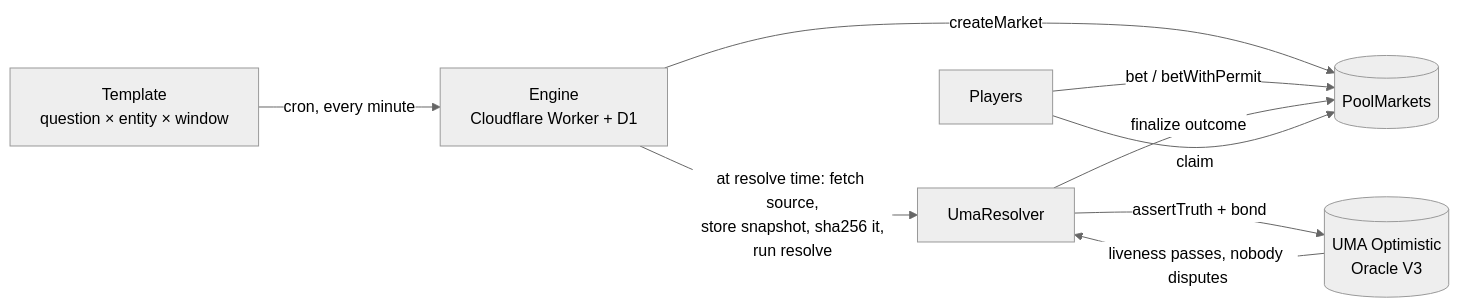
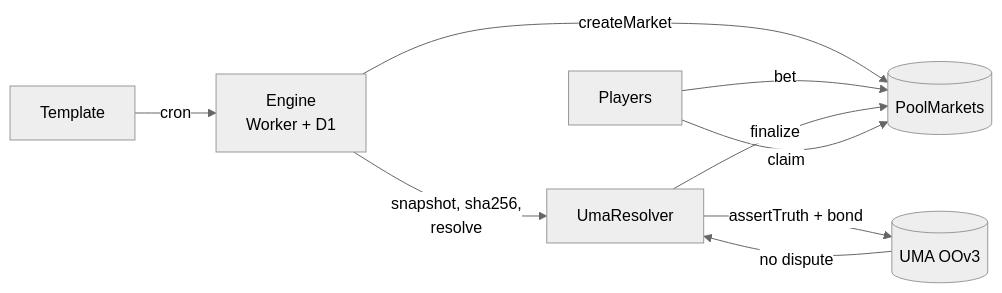
Before and after one commit to Bekirerdem/sortium: the diagram in README.md, drawn with Mermaid (neutral theme). The commit also changed other lines of this file and 2 other files, not shown here.

````diff
--- a/README.md
+++ b/README.md
@@ -56,11 +28,11 @@
 ```mermaid
 flowchart LR
-    T[Template<br/>question × entity × window] -->|cron, every minute| E[Engine<br/>Cloudflare Worker + D1]
+    T[Template] -->|cron| E[Engine<br/>Worker + D1]
     E -->|createMarket| PM[(PoolMarkets)]
-    P[Players] -->|bet / betWithPermit| PM
-    E -->|at resolve time: fetch source,<br/>store snapshot, sha256 it,<br/>run resolve| R[UmaResolver]
-    R -->|assertTruth + bond| OO[(UMA Optimistic<br/>Oracle V3)]
-    OO -->|liveness passes, nobody disputes| R
-    R -->|finalize outcome| PM
+    P[Players] -->|bet| PM
+    E -->|snapshot, sha256,<br/>resolve| R[UmaResolver]
+    R -->|assertTruth + bond| OO[(UMA OOv3)]
+    OO -->|no dispute| R
+    R -->|finalize| PM
     P -->|claim| PM
 ```
````
